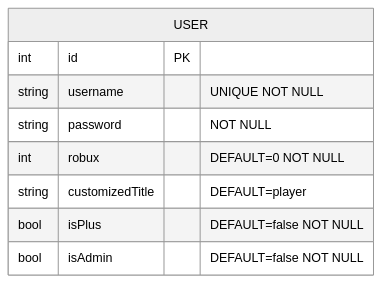
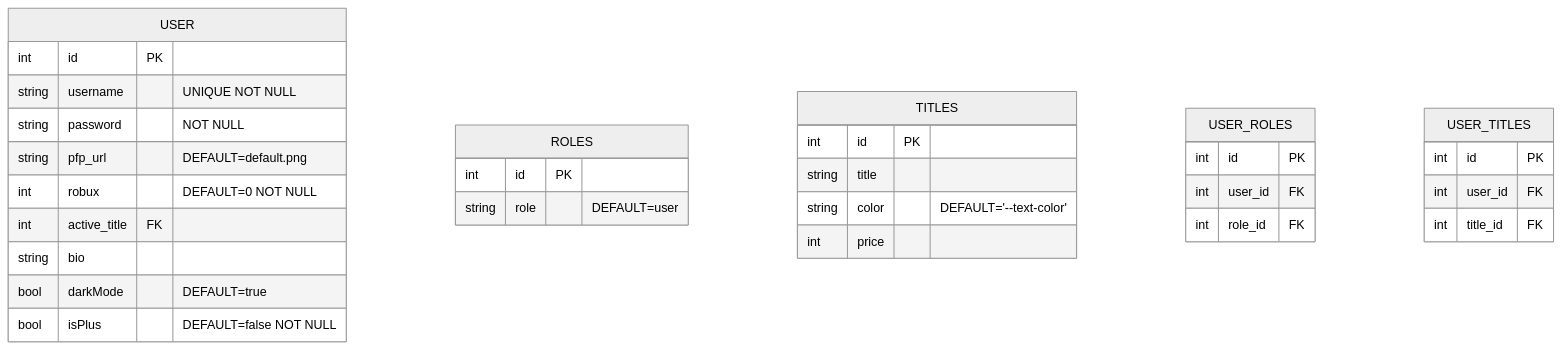
Before and after one commit to edxzyluksz/Roprepo: the diagram in README.md, drawn with Mermaid (neutral theme). The commit also changed other lines of this file and 38 other files, not shown here.

````diff
--- a/README.md
+++ b/README.md
@@ -67,12 +73,38 @@
 ``` mermaid
 erDiagram
     USER {
         int id PK
         string username "UNIQUE NOT NULL"
         string password "NOT NULL"
+        string pfp_url "DEFAULT=default.png"
         int robux "DEFAULT=0 NOT NULL"
-        string customizedTitle "DEFAULT=player"
+        int active_title FK
+        string bio
+        bool darkMode "DEFAULT=true"
         bool isPlus "DEFAULT=false NOT NULL"
-        bool isAdmin "DEFAULT=false NOT NULL"
+    }
+
+    ROLES {
+        int id PK
+        string role "DEFAULT=user"
+    }
+
+    TITLES {
+        int id PK
+        string title
+        string color "DEFAULT='--text-color'"
+        int price
+    }
+
+    USER_ROLES {
+        int id PK
+        int user_id FK
+        int role_id FK
+    }
+
+    USER_TITLES {
+        int id PK
+        int user_id FK
+        int title_id FK
     }
 ```
````
